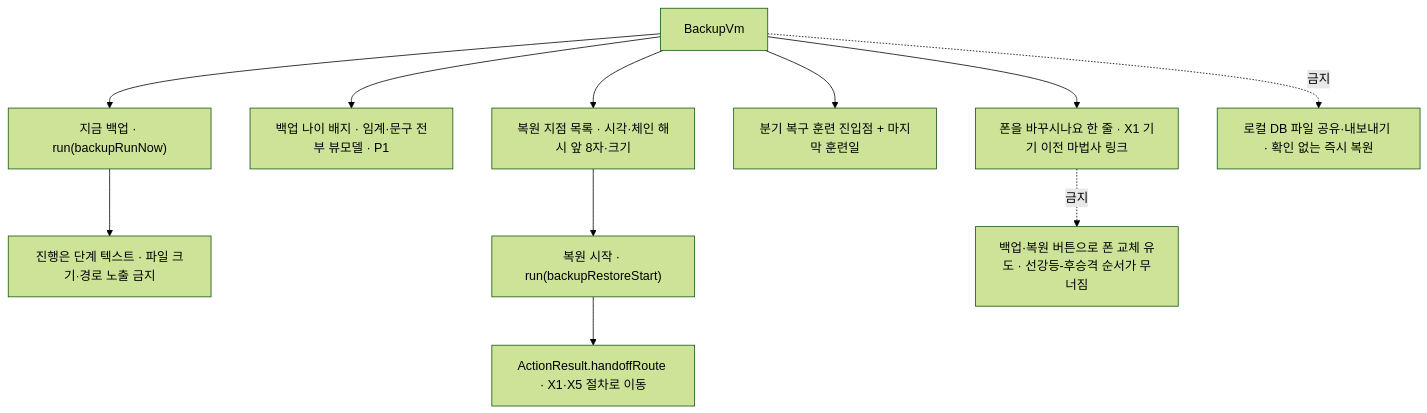
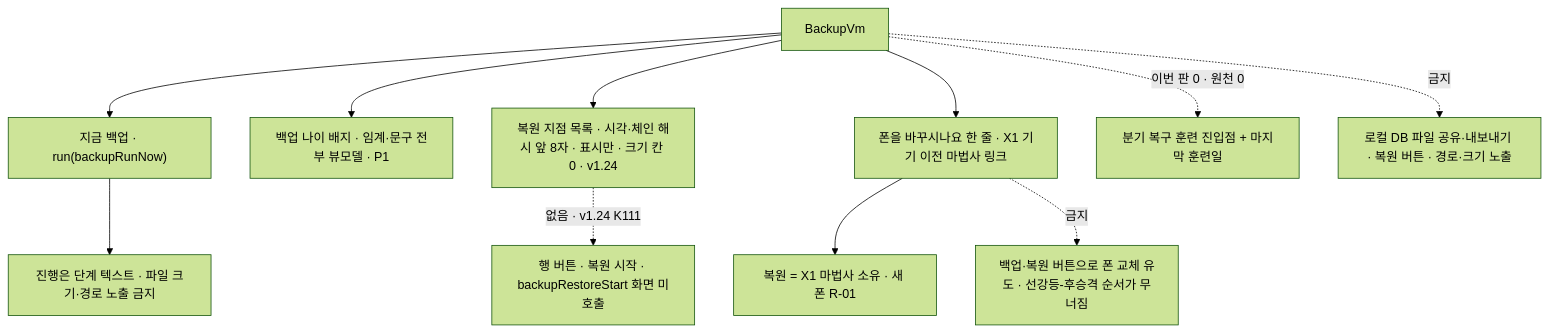
One commit to billybeom/AutoAlphaQuant changed diagram 18 of 24 in docs/ai-context/05_화면명세_M9_설정_관리자.md. Above: the diagram before and after it, drawn with Mermaid (forest theme). The commit also changed other lines of this file and 5 other files, not shown here.

````diff
--- a/docs/ai-context/05_화면명세_M9_설정_관리자.md
+++ b/docs/ai-context/05_화면명세_M9_설정_관리자.md
@@ -726,13 +730,13 @@
 ```mermaid
 flowchart TD
   VM["BackupVm"] --> NOW["지금 백업 · run(backupRunNow)"]
   NOW --> STEP["진행은 단계 텍스트 · 파일 크기·경로 노출 금지"]
   VM --> AGE["백업 나이 배지 · 임계·문구 전부 뷰모델 · P1"]
-  VM --> PTS["복원 지점 목록 · 시각·체인 해시 앞 8자·크기"]
-  PTS --> RST["복원 시작 · run(backupRestoreStart)"]
-  RST --> HAND["ActionResult.handoffRoute · X1·X5 절차로 이동"]
-  VM --> DRILL["분기 복구 훈련 진입점 + 마지막 훈련일"]
+  VM --> PTS["복원 지점 목록 · 시각·체인 해시 앞 8자 · 표시만 · 크기 칸 0 · v1.24"]
+  PTS -.->|"없음 · v1.24 K111"| RST["행 버튼 · 복원 시작 · backupRestoreStart 화면 미호출"]
+  MIG --> HAND["복원 = X1 마법사 소유 · 새 폰 R-01"]
+  VM -.->|"이번 판 0 · 원천 0"| DRILL["분기 복구 훈련 진입점 + 마지막 훈련일"]
   VM --> MIG["폰을 바꾸시나요 한 줄 · X1 기기 이전 마법사 링크"]
   MIG -.->|"금지"| LURE["백업·복원 버튼으로 폰 교체 유도 · 선강등-후승격 순서가 무너짐"]
-  VM -.->|"금지"| EXP["로컬 DB 파일 공유·내보내기 · 확인 없는 즉시 복원"]
+  VM -.->|"금지"| EXP["로컬 DB 파일 공유·내보내기 · 복원 버튼 · 경로·크기 노출"]
 ```
````
